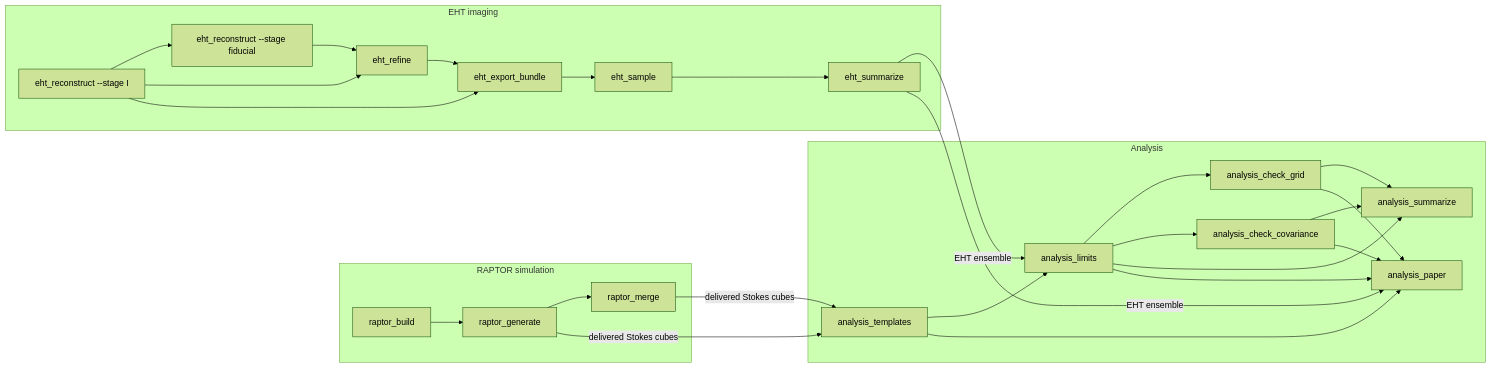
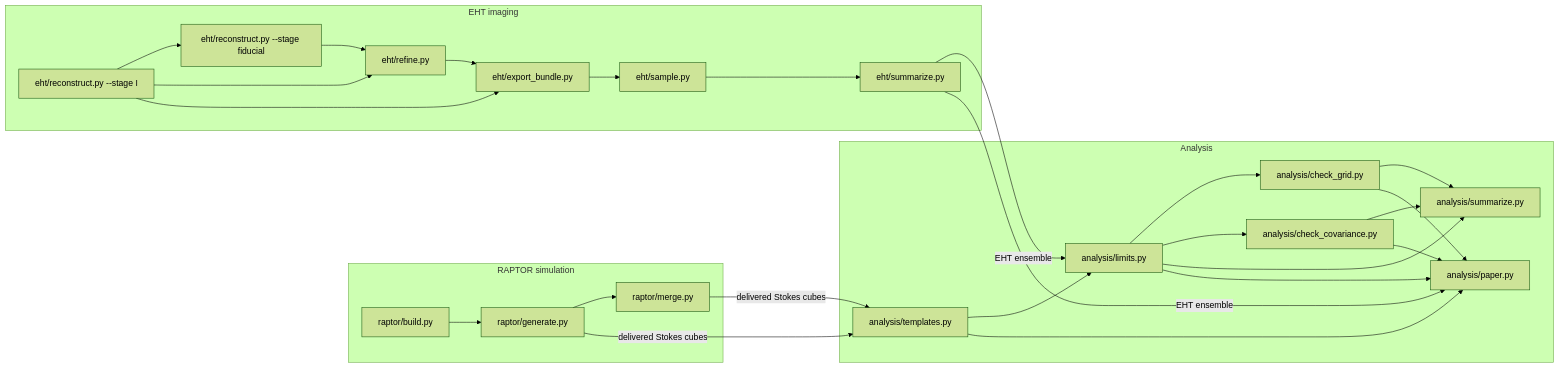
The diagram in docs/en/overview.md (ProjectEHT-PKU/EHT-axion-pixel-by-pixel-analysis), drawn with Mermaid (forest theme) before and after one commit. The commit also changed other lines of this file and 65 other files, not shown here.

First line of the commit message:
Scripts grouped by part: scripts/raptor, scripts/eht, scripts/analysis

````diff
--- a/docs/en/overview.md
+++ b/docs/en/overview.md
@@ -50,32 +50,32 @@
 ```mermaid
 flowchart LR
   subgraph RAPTOR["RAPTOR simulation"]
-    RB[raptor_build] --> RG[raptor_generate]
-    RG --> RM[raptor_merge]
+    RB["raptor/build.py"] --> RG["raptor/generate.py"]
+    RG --> RM["raptor/merge.py"]
   end
   subgraph EHT["EHT imaging"]
-    EI[eht_reconstruct --stage I] --> EF[eht_reconstruct --stage fiducial]
-    EF --> ER[eht_refine]
+    EI["eht/reconstruct.py --stage I"] --> EF["eht/reconstruct.py --stage fiducial"]
+    EF --> ER["eht/refine.py"]
     EI --> ER
-    ER --> EB[eht_export_bundle]
+    ER --> EB["eht/export_bundle.py"]
     EI --> EB
-    EB --> ES[eht_sample]
-    ES --> EM[eht_summarize]
+    EB --> ES["eht/sample.py"]
+    ES --> EM["eht/summarize.py"]
   end
   subgraph AN["Analysis"]
-    AT[analysis_templates] --> AL[analysis_limits]
-    AL --> AG[analysis_check_grid]
-    AL --> AC[analysis_check_covariance]
-    AL --> AS[analysis_summarize]
+    AT["analysis/templates.py"] --> AL["analysis/limits.py"]
+    AL --> AG["analysis/check_grid.py"]
+    AL --> AC["analysis/check_covariance.py"]
+    AL --> AS["analysis/summarize.py"]
     AG --> AS
     AC --> AS
-    AT --> AP[analysis_paper]
+    AT --> AP["analysis/paper.py"]
     AL --> AP
     AG --> AP
     AC --> AP
   end
   RM -- "delivered Stokes cubes" --> AT
   RG -- "delivered Stokes cubes" --> AT
   EM -- "EHT ensemble" --> AL
   EM -- "EHT ensemble" --> AP
 ```
````
